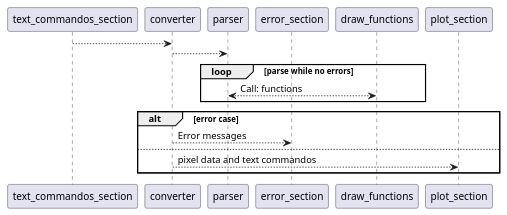
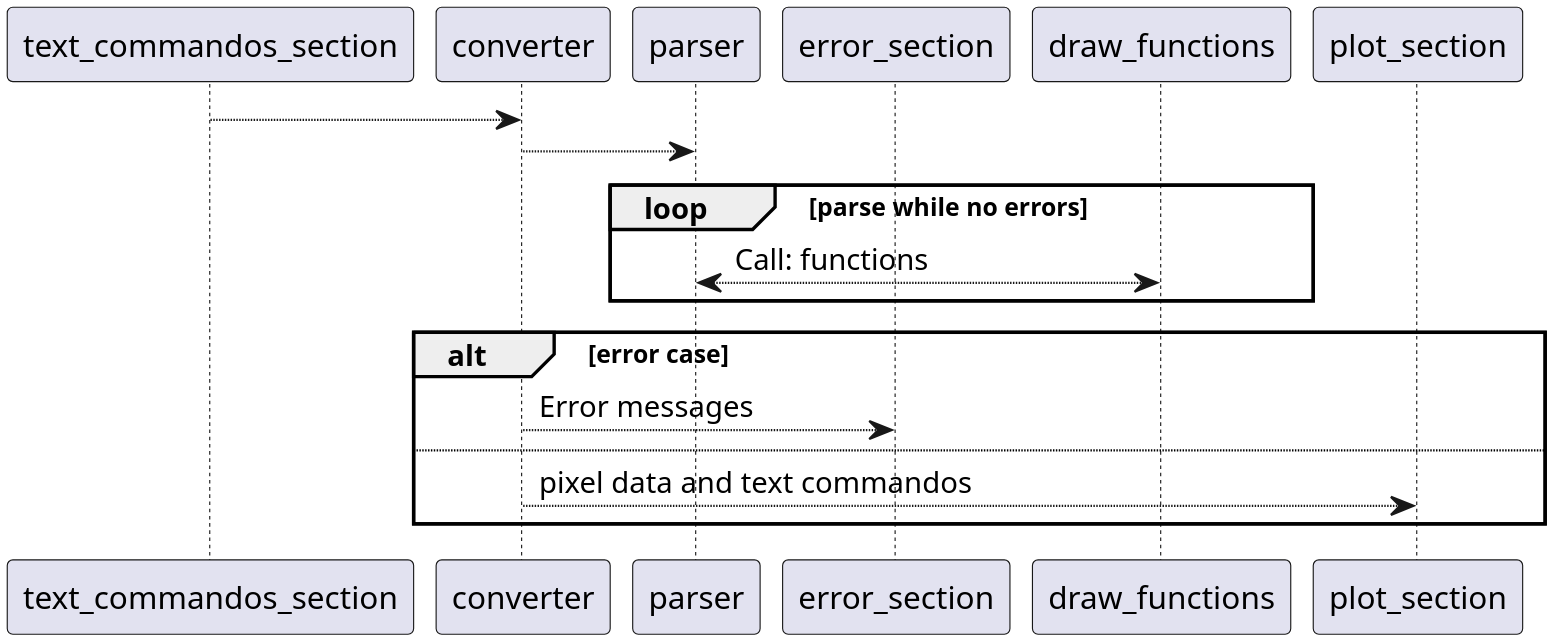
Before and after one commit to au706600/Software-Correctness-Project: the second of 3 diagrams in doc/diagrams.puml, drawn with PlantUML. The commit also changed other lines of this file and 3 other files, not shown here.

Commit message:
Update diagrams

```diff
--- a/doc/diagrams.puml
+++ b/doc/diagrams.puml
@@ -37,22 +38,24 @@
 @startuml Sequence 
+skinparam Dpi 300
+
 participant text_commandos_section
 participant converter
 participant parser
 participant error_section
 participant draw_functions
 participant plot_section
 
 
 text_commandos_section --> converter
 converter --> parser
 loop parse while no errors
     parser <--> draw_functions: Call: functions
 end
 alt error case
     converter --> error_section: Error messages
 else
     converter --> plot_section: pixel data and text commandos
     
 end
 
 @enduml
```
